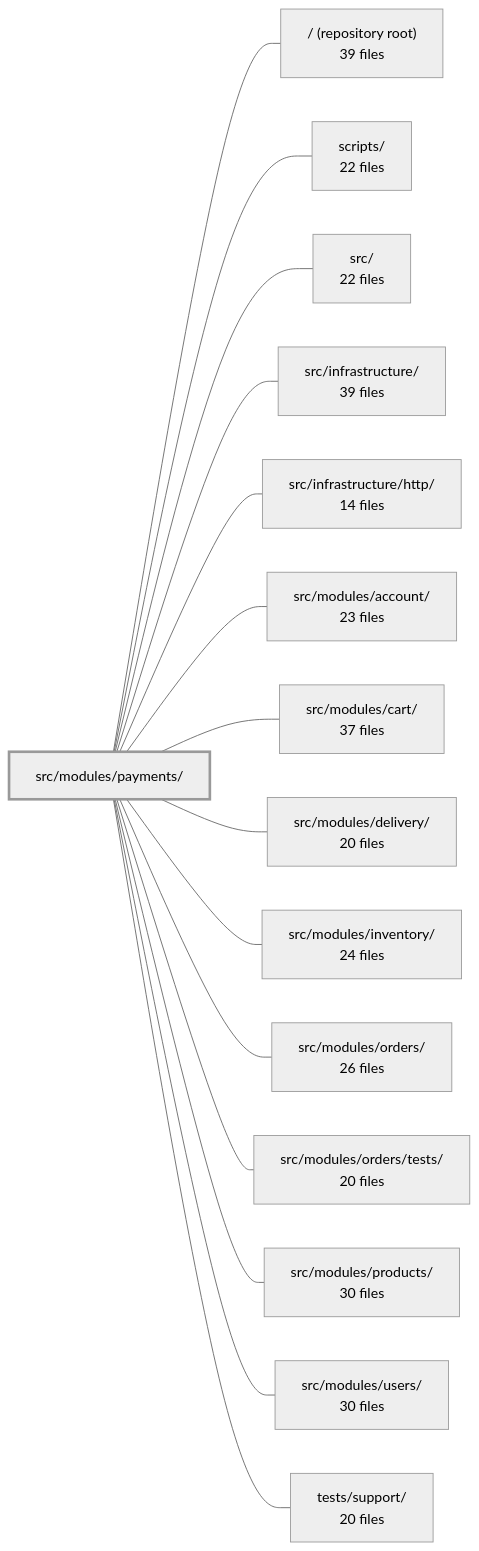
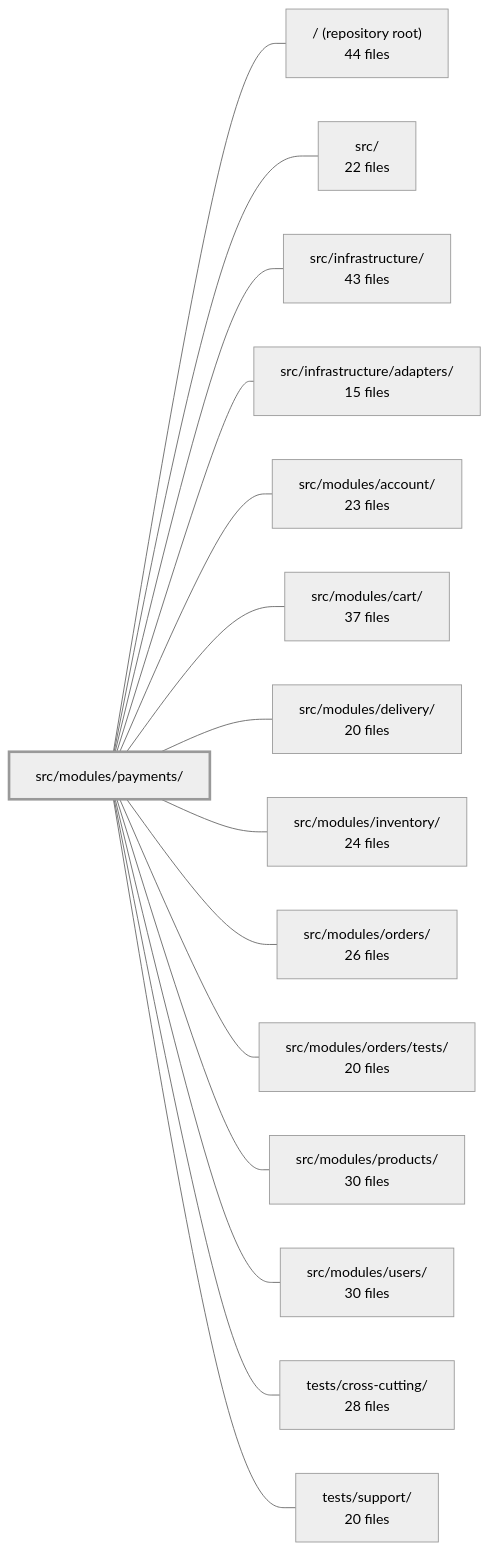
One commit to Guebbit/boilerplate-node-backend changed the diagram in .2repo/modules/boilerplate-node-backend_src_modules_payments.md. Above: the diagram before and after it, drawn with Mermaid (neutral theme). The commit also changed other lines of this file and 625 other files, not shown here.

````diff
--- a/.2repo/modules/boilerplate-node-backend_src_modules_payments.md
+++ b/.2repo/modules/boilerplate-node-backend_src_modules_payments.md
@@ -42,33 +40,33 @@
 ```mermaid
 flowchart LR
     m_src_modules_payments["src/modules/payments/"]
-    m_root["/ (repository root)<br/>39 files"]
-    m_scripts["scripts/<br/>22 files"]
+    m_root["/ (repository root)<br/>44 files"]
     m_src["src/<br/>22 files"]
-    m_src_infrastructure["src/infrastructure/<br/>39 files"]
-    m_src_infrastructure_http["src/infrastructure/http/<br/>14 files"]
+    m_src_infrastructure["src/infrastructure/<br/>43 files"]
+    m_src_infrastructure_adapters["src/infrastructure/adapters/<br/>15 files"]
     m_src_modules_account["src/modules/account/<br/>23 files"]
     m_src_modules_cart["src/modules/cart/<br/>37 files"]
     m_src_modules_delivery["src/modules/delivery/<br/>20 files"]
     m_src_modules_inventory["src/modules/inventory/<br/>24 files"]
     m_src_modules_orders["src/modules/orders/<br/>26 files"]
     m_src_modules_orders_tests["src/modules/orders/tests/<br/>20 files"]
     m_src_modules_products["src/modules/products/<br/>30 files"]
     m_src_modules_users["src/modules/users/<br/>30 files"]
+    m_tests_cross_cutting["tests/cross-cutting/<br/>28 files"]
     m_tests_support["tests/support/<br/>20 files"]
     m_src_modules_payments --- m_root
-    m_src_modules_payments --- m_scripts
     m_src_modules_payments --- m_src
     m_src_modules_payments --- m_src_infrastructure
-    m_src_modules_payments --- m_src_infrastructure_http
+    m_src_modules_payments --- m_src_infrastructure_adapters
     m_src_modules_payments --- m_src_modules_account
     m_src_modules_payments --- m_src_modules_cart
     m_src_modules_payments --- m_src_modules_delivery
     m_src_modules_payments --- m_src_modules_inventory
     m_src_modules_payments --- m_src_modules_orders
     m_src_modules_payments --- m_src_modules_orders_tests
     m_src_modules_payments --- m_src_modules_products
     m_src_modules_payments --- m_src_modules_users
+    m_src_modules_payments --- m_tests_cross_cutting
     m_src_modules_payments --- m_tests_support
     style m_src_modules_payments stroke-width:3px
 ```
````
